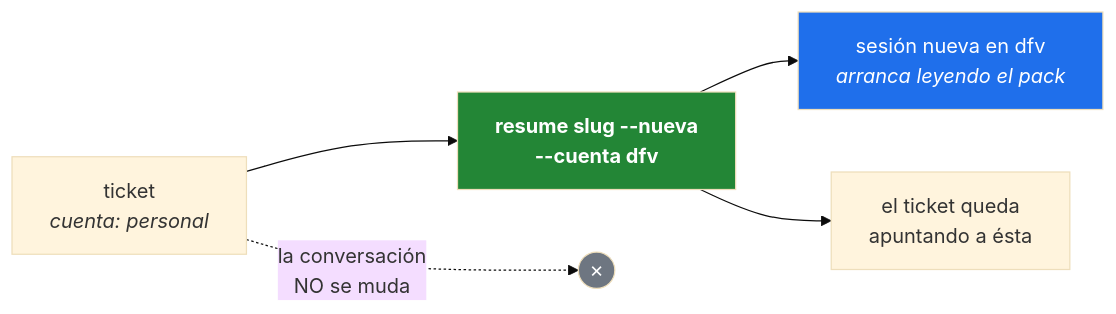
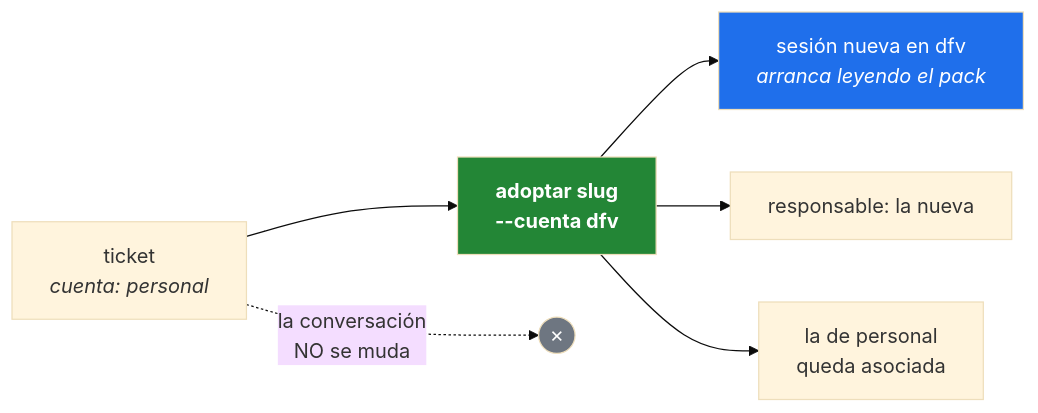
The fourth of 6 diagrams in README.md (Ariel-Hab/factoria), drawn with Mermaid (base theme) before and after one commit. The commit also changed other lines of this file and 2 other files, not shown here.

First line of the commit message:
feat: fusionar cortar en resume --fork

````diff
--- a/README.md
+++ b/README.md
@@ -168,10 +197,11 @@
 ```mermaid
 flowchart LR
-    T["ticket<br/><i>cuenta: personal</i>"] --> N["<b>resume slug --nueva<br/>--cuenta dfv</b>"]
+    T["ticket<br/><i>cuenta: personal</i>"] --> N["<b>adoptar slug<br/>--cuenta dfv</b>"]
     N --> S["sesión nueva en dfv<br/><i>arranca leyendo el pack</i>"]
-    N --> R["el ticket queda<br/>apuntando a ésta"]
+    N --> R["responsable: la nueva"]
+    N --> A["la de personal<br/>queda asociada"]
     T -.->|"la conversación<br/>NO se muda"| X(("✗"))
     style N fill:#238636,color:#fff
     style S fill:#1f6feb,color:#fff
     style X fill:#6e7681,color:#fff
 ```
````
